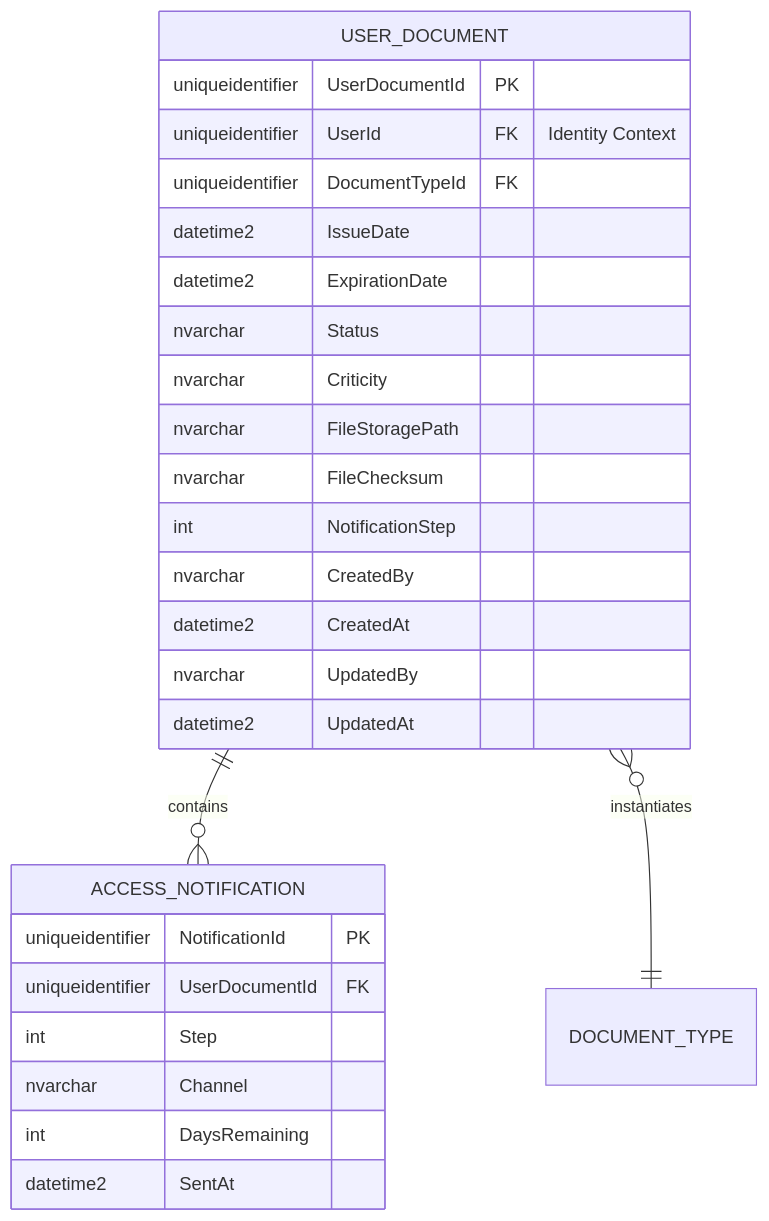
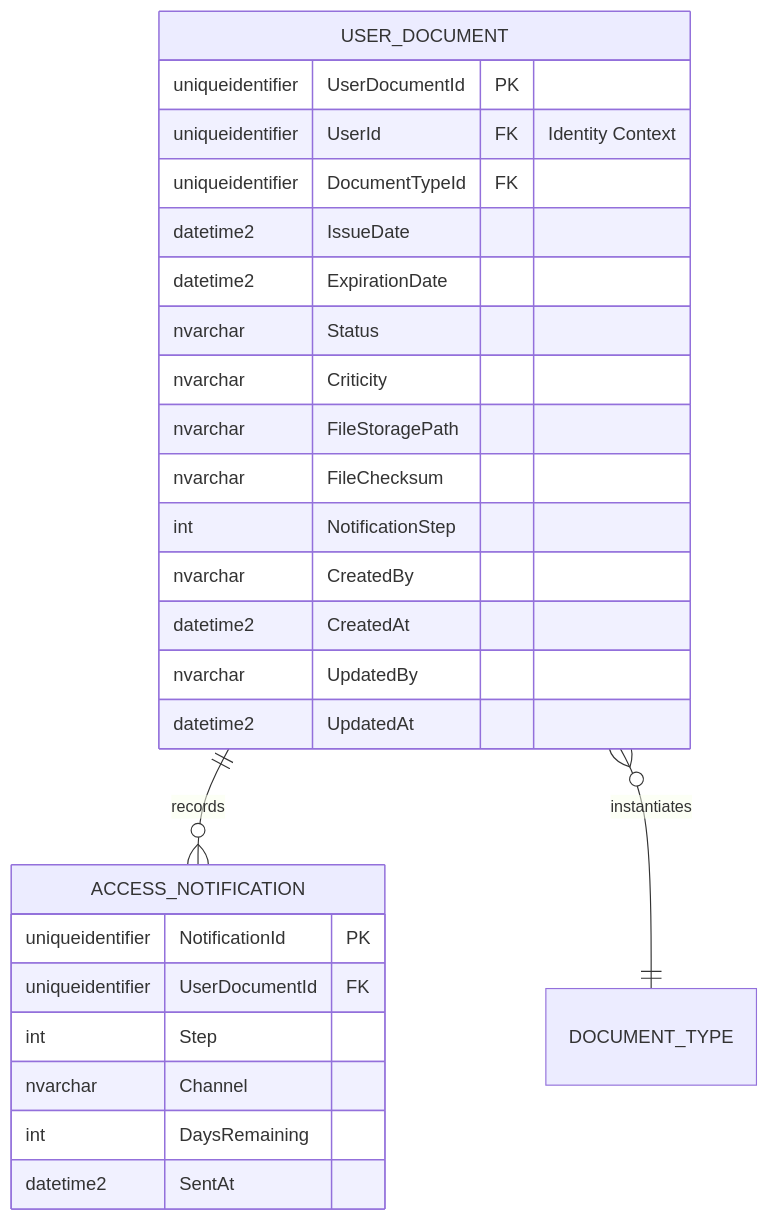
The third of 4 diagrams in docs/domain/approvals/user-document.md (beyondnetcode/ums), drawn with Mermaid before and after one commit. The commit also changed other lines of this file and 19 other files, not shown here.

````diff
--- a/docs/domain/approvals/user-document.md
+++ b/docs/domain/approvals/user-document.md
@@ -157,31 +179,31 @@
 ```mermaid
 erDiagram
-    USER_DOCUMENT ||--o{ ACCESS_NOTIFICATION : "contains"
+    USER_DOCUMENT ||--o{ ACCESS_NOTIFICATION : "records"
     USER_DOCUMENT }o--|| DOCUMENT_TYPE : "instantiates"
 
     USER_DOCUMENT {
         uniqueidentifier UserDocumentId PK
         uniqueidentifier UserId FK "Identity Context"
         uniqueidentifier DocumentTypeId FK
         datetime2 IssueDate
         datetime2 ExpirationDate
         nvarchar Status
         nvarchar Criticity
         nvarchar FileStoragePath
         nvarchar FileChecksum
         int NotificationStep
         nvarchar CreatedBy
         datetime2 CreatedAt
         nvarchar UpdatedBy
         datetime2 UpdatedAt
     }
 
     ACCESS_NOTIFICATION {
         uniqueidentifier NotificationId PK
         uniqueidentifier UserDocumentId FK
         int Step
         nvarchar Channel
         int DaysRemaining
         datetime2 SentAt
     }
 ```
````
